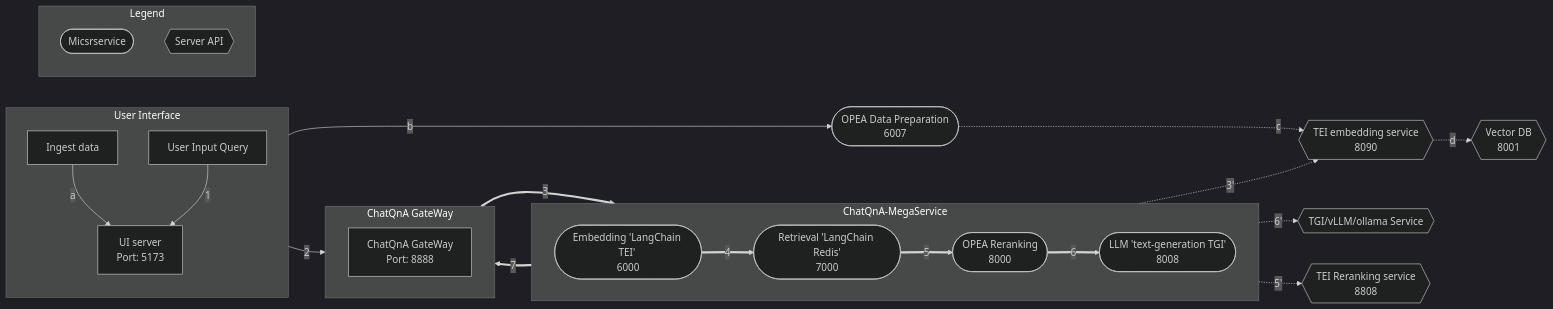
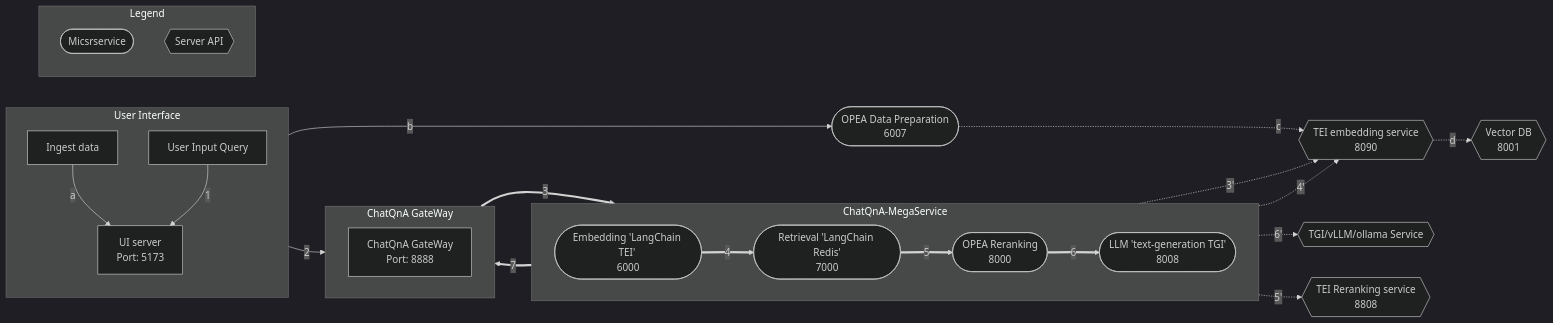
The diagram in ChatQnA/README.md (opea-project/GenAIExamples), drawn with Mermaid (dark theme) before and after one commit.

````diff
--- a/ChatQnA/README.md
+++ b/ChatQnA/README.md
@@ -13,63 +13,64 @@
 ```mermaid
 graph LR
     subgraph ChatQnA-MegaService["ChatQnA-MegaService"]
         direction LR
         EM([Embedding 'LangChain TEI' <br>6000])
         RET([Retrieval 'LangChain Redis'<br>7000])
         RER([Rerank 'TEI'<br>8000])
        LLM([LLM 'text-generation TGI'<br>8008])
     end
 
     direction TB
     TEI_EM{{TEI embedding service<br>8090}}
     VDB{{Vector DB<br>8001}}
     %% Vector DB interaction
     TEI_EM -.->|d|VDB
 
     DP([OPEA Data Preparation<br>6007])
     LLM_gen{{TGI/vLLM/ollama Service}}
 
     direction TB
     RER([OPEA Reranking<br>8000])
     TEI_RER{{TEI Reranking service<br>8808}}
 
     subgraph User Interface
         direction TB
         a[User Input Query]
         Ingest[Ingest data]
         UI[UI server<br>Port: 5173]
     end
 
     subgraph ChatQnA GateWay
         direction LR
         GW[ChatQnA GateWay<br>Port: 8888]
     end
 
     %% Data Preparation flow
     %% Ingest data flow
     direction LR
     Ingest[Ingest data] -->|a| UI
     UI -->|b| DP
     DP -.->|c| TEI_EM
 
     %% Questions interaction
     direction LR
     a[User Input Query] -->|1| UI
     UI -->|2| GW
     GW ==>|3| EM
     EM ==>|4| RET
     RET ==>|5| RER
     RER ==>|6| LLM
     LLM ==>|7| GW
 
     %% Embedding service flow
     direction TB
     EM -.->|3'| TEI_EM
+    RET -.->|4'| TEI_EM
     RER -.->|5'| TEI_RER
     LLM -.->|6'| LLM_gen
 
     subgraph Legend
         X([Micsrservice])
         Y{{Server API}}
     end
 ```
````
